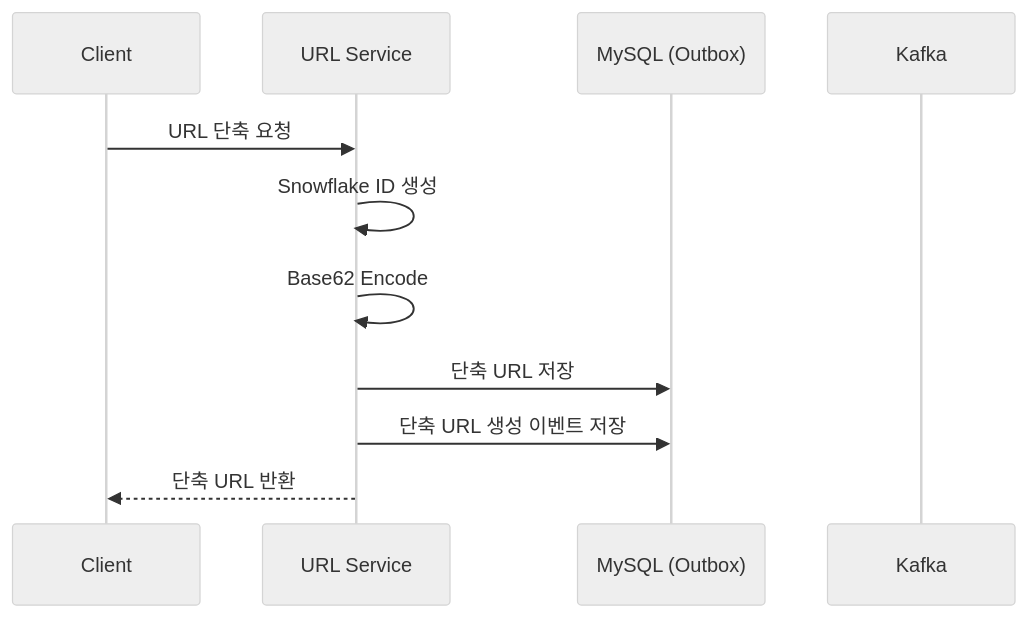
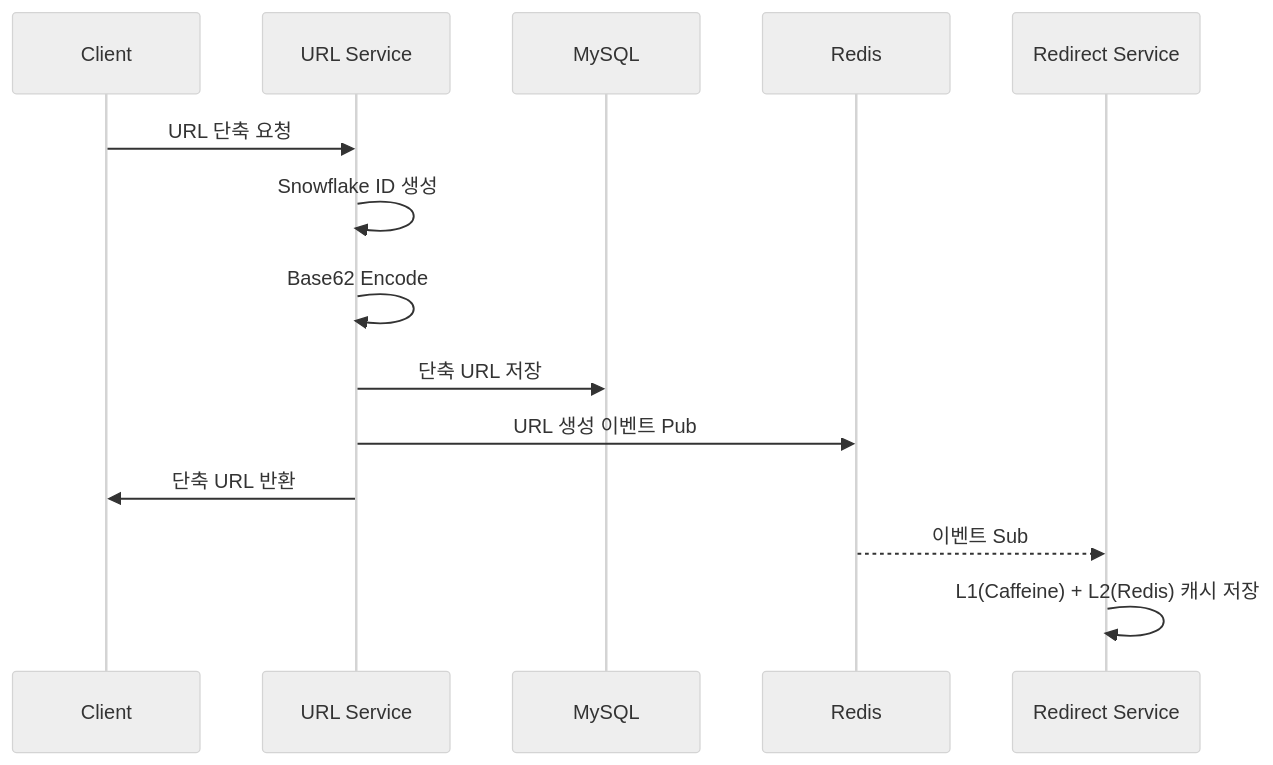
The first of 2 diagrams in README.md (youKeon/shortly), drawn with Mermaid (neutral theme) before and after one commit. The commit also changed other lines of this file and 2 other files, not shown here.

````diff
--- a/README.md
+++ b/README.md
@@ -33,13 +36,18 @@
 ```mermaid
 sequenceDiagram
   participant Client
   participant US as URL Service
-  participant DB as MySQL (Outbox)
-  participant Kafka
+  participant DB as MySQL
+  participant Redis
+  participant RS as Redirect Service
+
   Client ->> US: URL 단축 요청
   US ->> US: Snowflake ID 생성
   US ->> US: Base62 Encode
   US ->> DB: 단축 URL 저장
-  US ->> DB: 단축 URL 생성 이벤트 저장
-  US -->> Client: 단축 URL 반환
+  US ->> Redis: URL 생성 이벤트 Pub
+  US ->> Client: 단축 URL 반환
+
+  Redis -->> RS: 이벤트 Sub
+  RS ->> RS: L1(Caffeine) + L2(Redis) 캐시 저장
 ```
````
